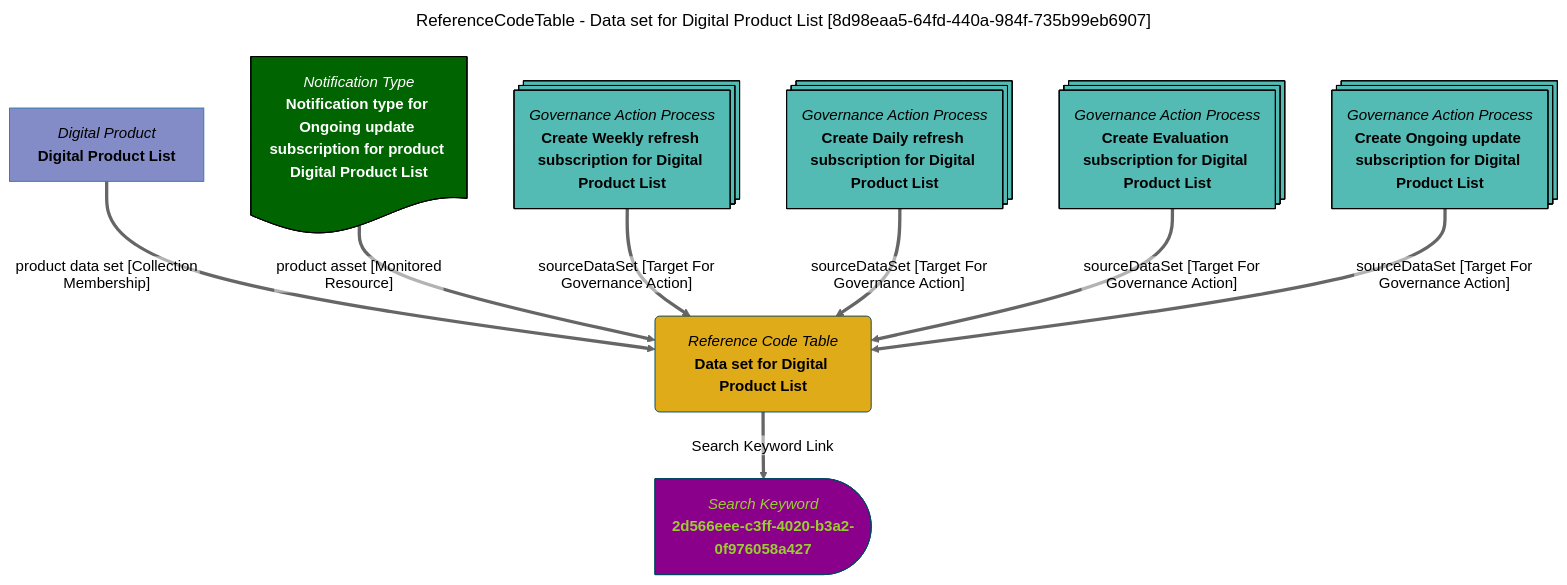
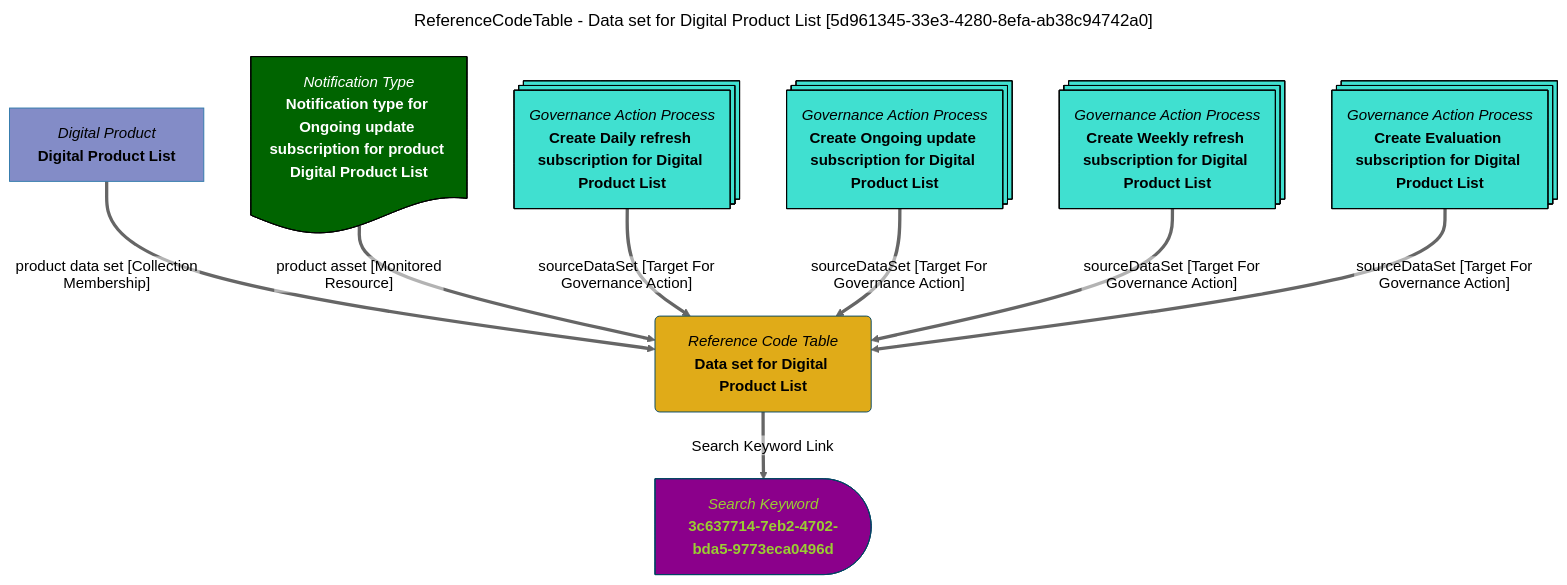
One commit to odpi/egeria-docs changed the diagram in site/snippets/data-assets/data-set-for-digital-product-list-mermaid-graph.md. Above: the diagram before and after it, drawn with Mermaid (neutral theme). The commit also changed 2201 other files, not shown here.

````diff
--- a/site/snippets/data-assets/data-set-for-digital-product-list-mermaid-graph.md
+++ b/site/snippets/data-assets/data-set-for-digital-product-list-mermaid-graph.md
@@ -1,39 +1,39 @@
 ```mermaid
 ---
-title: ReferenceCodeTable - Data set for Digital Product List [8d98eaa5-64fd-440a-984f-735b99eb6907]
+title: ReferenceCodeTable - Data set for Digital Product List [5d961345-33e3-4280-8efa-ab38c94742a0]
 ---
 flowchart TD
 %%{init: {"flowchart": {"htmlLabels": false}} }%%
 
 1@{ shape: rounded, label: "*Reference Code Table*
 **Data set for Digital Product List**"}
 2@{ shape: delay, label: "*Search Keyword*
-**2d566eee-c3ff-4020-b3a2-0f976058a427**"}
+**3c637714-7eb2-4702-bda5-9773eca0496d**"}
 1==>|"Search Keyword Link"|2
 3@{ shape: rect, label: "*Digital Product*
 **Digital Product List**"}
 3==>|"product data set [Collection Membership]"|1
 4@{ shape: doc, label: "*Notification Type*
 **Notification type for Ongoing update subscription for product Digital Product List**"}
 4==>|"product asset [Monitored Resource]"|1
 5@{ shape: processes, label: "*Governance Action Process*
-**Create Weekly refresh subscription for Digital Product List**"}
+**Create Daily refresh subscription for Digital Product List**"}
 5==>|"sourceDataSet [Target For Governance Action]"|1
 6@{ shape: processes, label: "*Governance Action Process*
-**Create Daily refresh subscription for Digital Product List**"}
+**Create Ongoing update subscription for Digital Product List**"}
 6==>|"sourceDataSet [Target For Governance Action]"|1
 7@{ shape: processes, label: "*Governance Action Process*
-**Create Evaluation subscription for Digital Product List**"}
+**Create Weekly refresh subscription for Digital Product List**"}
 7==>|"sourceDataSet [Target For Governance Action]"|1
 8@{ shape: processes, label: "*Governance Action Process*
-**Create Ongoing update subscription for Digital Product List**"}
+**Create Evaluation subscription for Digital Product List**"}
 8==>|"sourceDataSet [Target For Governance Action]"|1
 style 1 color:#000000, fill:#e0ab18, stroke:#004563
-style 2 color:#9acd32, fill:#8b008b, stroke:#004563
+style 2 color:#9ACD32, fill:#8B008B, stroke:#004563
 style 3 color:#000000, fill:#838cc7, stroke:#3079ab
 style 4 color:#FFFFFF, fill:#006400, stroke:#000000
-style 5 color:#000000, fill:#53bbb4, stroke:#000000
-style 6 color:#000000, fill:#53bbb4, stroke:#000000
-style 7 color:#000000, fill:#53bbb4, stroke:#000000
-style 8 color:#000000, fill:#53bbb4, stroke:#000000
+style 5 color:#000000, fill:#40E0D0, stroke:#000000
+style 6 color:#000000, fill:#40E0D0, stroke:#000000
+style 7 color:#000000, fill:#40E0D0, stroke:#000000
+style 8 color:#000000, fill:#40E0D0, stroke:#000000
 ```
````
